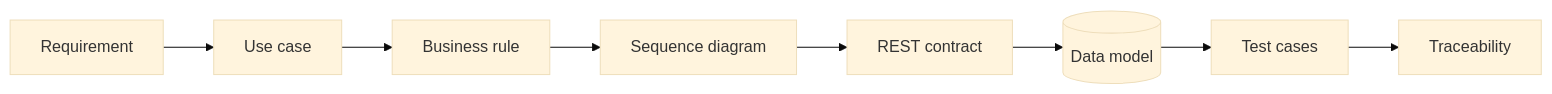
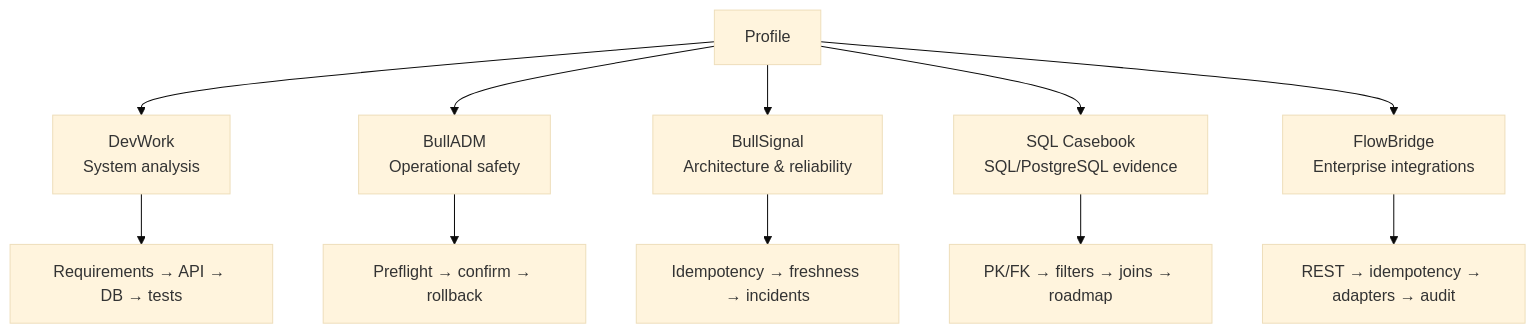
The diagram in PORTFOLIO_MAP.md (blsoo/blsoo), drawn with Mermaid (base theme) before and after one commit. The commit also changed other lines of this file, not shown here.

Commit message:
Expand portfolio map with targeted SQL and integration cases

````diff
--- a/PORTFOLIO_MAP.md
+++ b/PORTFOLIO_MAP.md
@@ -34,10 +34,14 @@
 ```mermaid
-flowchart LR
-    R[Requirement] --> UC[Use case]
-    UC --> BR[Business rule]
-    BR --> SEQ[Sequence diagram]
-    SEQ --> API[REST contract]
-    API --> DB[(Data model)]
-    DB --> T[Test cases]
-    T --> TR[Traceability]
+flowchart TD
+    P[Profile] --> D[DevWork\nSystem analysis]
+    P --> A[BullADM\nOperational safety]
+    P --> B[BullSignal\nArchitecture & reliability]
+    P --> S[SQL Casebook\nSQL/PostgreSQL evidence]
+    P --> F[FlowBridge\nEnterprise integrations]
+
+    D --> R1[Requirements → API → DB → tests]
+    A --> R2[Preflight → confirm → rollback]
+    B --> R3[Idempotency → freshness → incidents]
+    S --> R4[PK/FK → filters → joins → roadmap]
+    F --> R5[REST → idempotency → adapters → audit]
 ```
````
